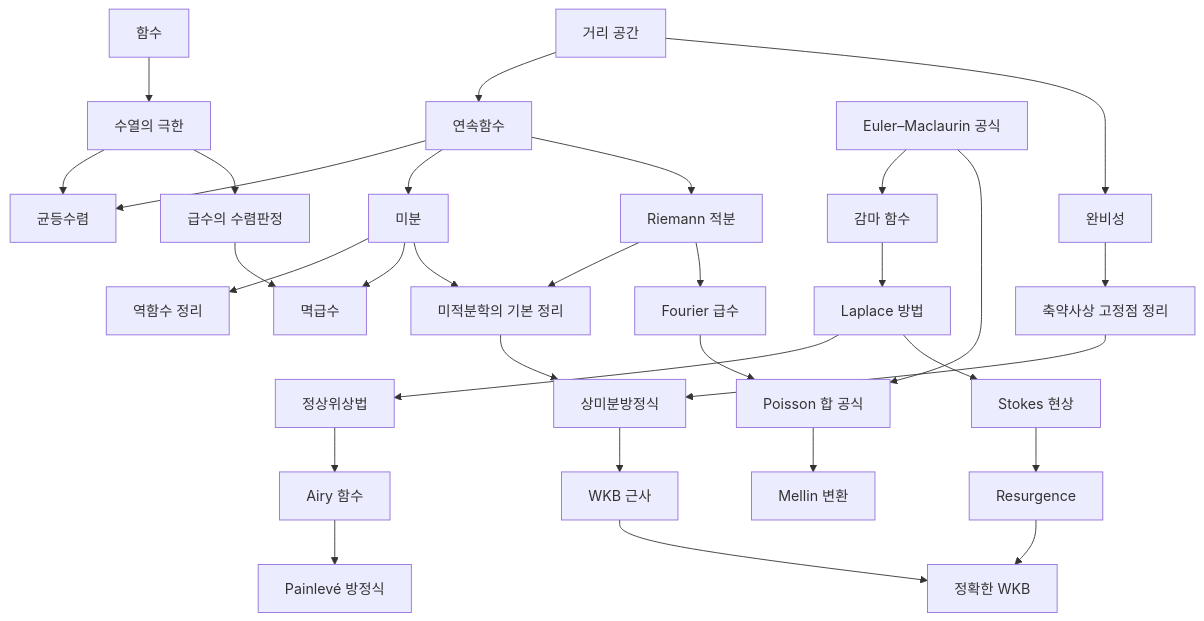
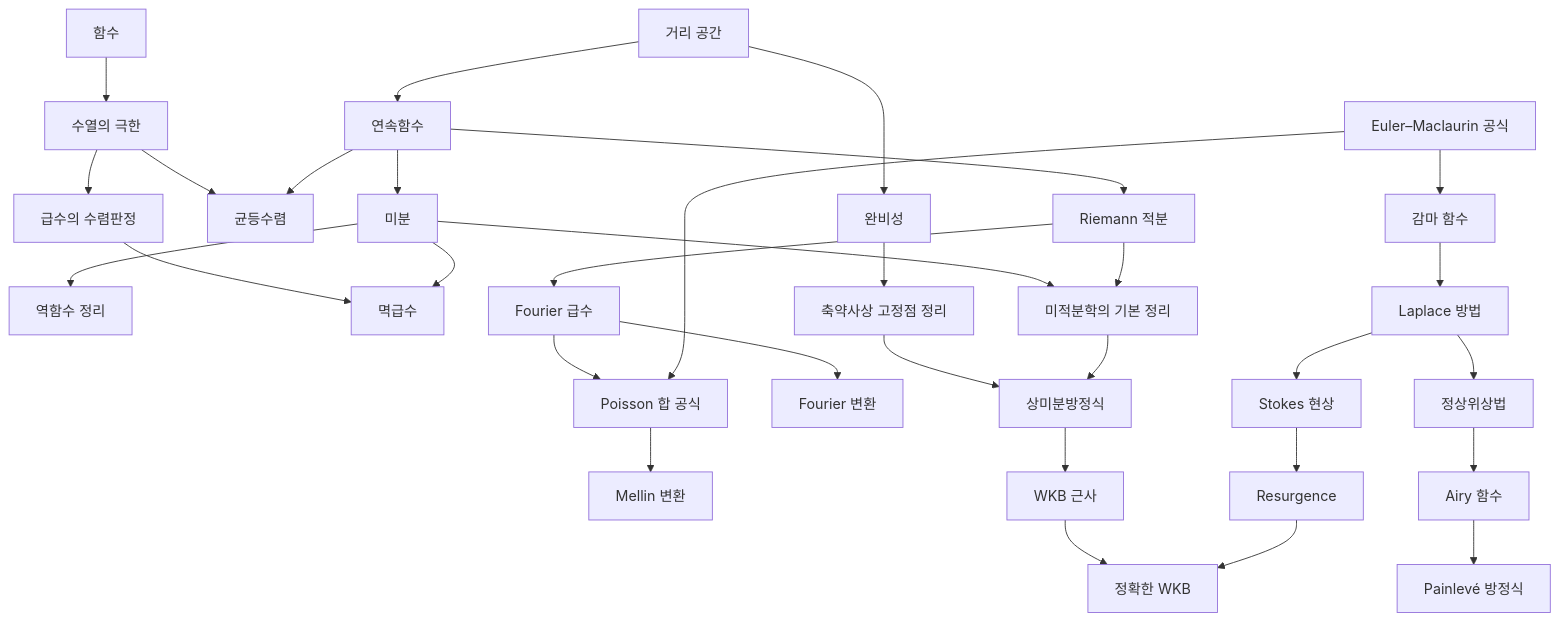
One commit to Phryxia/math-map changed the diagram in docs/analysis-overview.md. Above: the diagram before and after it, drawn with Mermaid. The commit also changed other lines of this file and 6 other files, not shown here.

````diff
--- a/docs/analysis-overview.md
+++ b/docs/analysis-overview.md
@@ -13,33 +13,34 @@
 ```mermaid
 graph TD
   FN["함수"] --> LM["수열의 극한"]
   MS["거리 공간"] --> CT["연속함수"]
   MS --> CM["완비성"]
   LM --> UC["균등수렴"]
   CT --> UC
   CT --> DV["미분"]
   DV --> IF["역함수 정리"]
   CT --> RI["Riemann 적분"]
   LM --> SC["급수의 수렴판정"]
   SC --> PS["멱급수"]
   DV --> PS
   DV --> FC["미적분학의 기본 정리"]
   RI --> FC
   CM --> BF["축약사상 고정점 정리"]
   BF --> OD["상미분방정식"]
   FC --> OD
   RI --> FS["Fourier 급수"]
+  FS --> FT["Fourier 변환"]
   FS --> PSm["Poisson 합 공식"]
   PSm --> MT["Mellin 변환"]
   EM["Euler–Maclaurin 공식"] --> GM["감마 함수"]
   EM --> PSm
   GM --> LP["Laplace 방법"]
   LP --> SP["정상위상법"]
   LP --> ST["Stokes 현상"]
   ST --> RS["Resurgence"]
   SP --> AF["Airy 함수"]
   AF --> PE["Painlevé 방정식"]
   OD --> WK["WKB 근사"]
   WK --> EW["정확한 WKB"]
   RS --> EW
 ```
````
